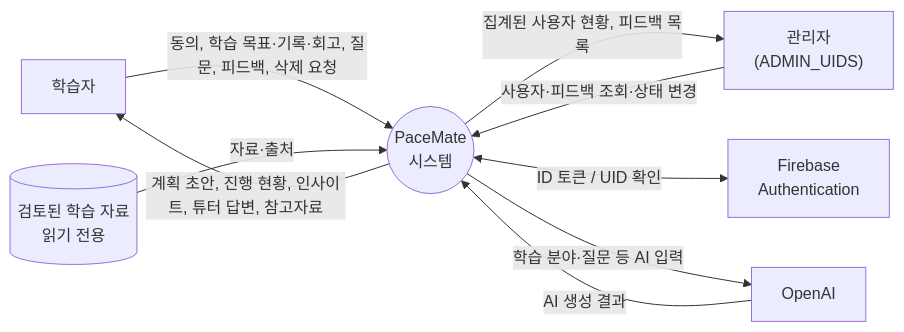
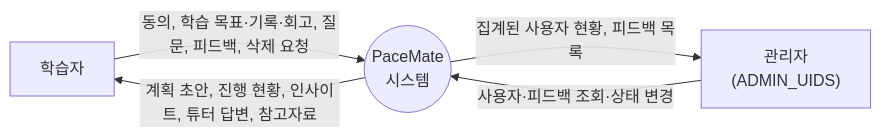
Before and after one commit to yong05610/ai-n-fprj: the third of 13 diagrams in docs/architecture_dfd.md, drawn with Mermaid. The commit also changed other lines of this file, not shown here.

Commit message:
docs: DFD notation per user spec - level 0 context circle with organization terminals; level 1-2 circles, screen terminals, band data stores, curved flows labelled reference/edit

````diff
--- a/docs/architecture_dfd.md
+++ b/docs/architecture_dfd.md
@@ -78,18 +80,12 @@
 ```mermaid
+%%{init: {"flowchart": {"curve": "basis"}}}%%
 flowchart LR
     L["학습자"]
     AD["관리자<br/>(ADMIN_UIDS)"]
-    FB["Firebase<br/>Authentication"]
-    OAI["OpenAI"]
     SYS(("PaceMate<br/>시스템"))
-    DOC[("검토된 학습 자료<br/>읽기 전용")]
 
     L -->|"동의, 학습 목표·기록·회고, 질문, 피드백, 삭제 요청"| SYS
     SYS -->|"계획 초안, 진행 현황, 인사이트, 튜터 답변, 참고자료"| L
     AD -->|"사용자·피드백 조회·상태 변경"| SYS
     SYS -->|"집계된 사용자 현황, 피드백 목록"| AD
-    SYS <-->|"ID 토큰 / UID 확인"| FB
-    SYS -->|"학습 분야·질문 등 AI 입력"| OAI
-    OAI -->|"AI 생성 결과"| SYS
-    DOC -->|"자료·출처"| SYS
 ```
````
